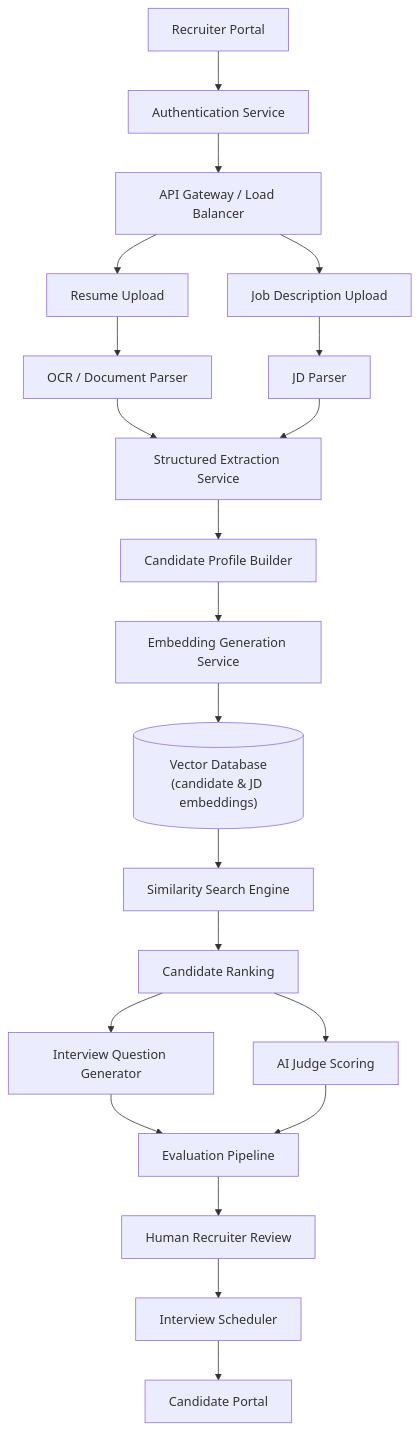
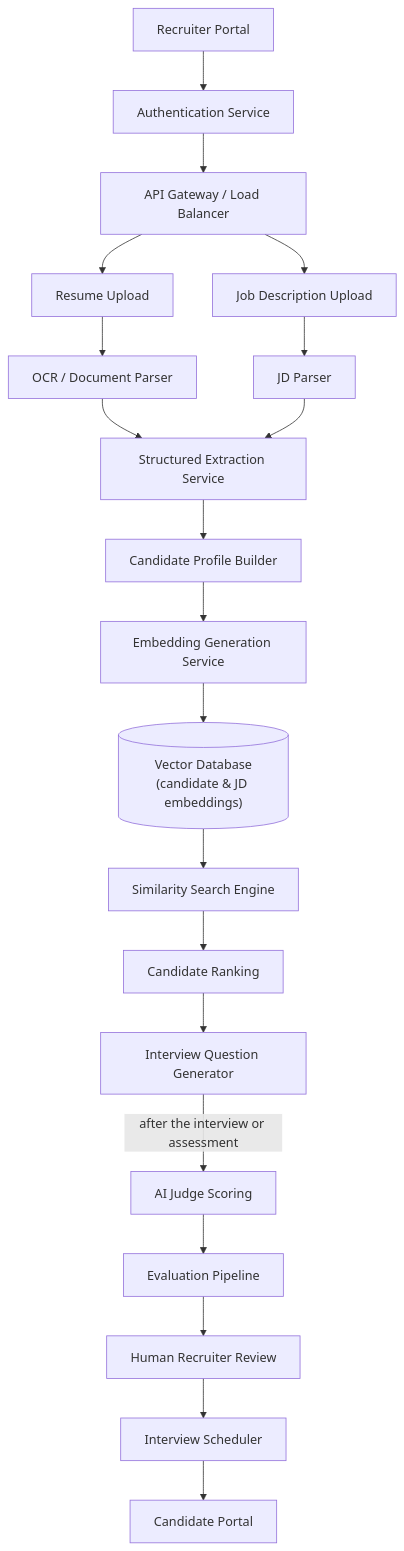
One commit to Sourav692/Forward-Deployed-Engineer-Interview-Prep changed the diagram in site/content/modules/15-fde-case-studies/standalone-designs/recruiting-platform/casebook.md. Above: the diagram before and after it, drawn with Mermaid. The commit also changed other lines of this file and 143 other files, not shown here.

````diff
--- a/site/content/modules/15-fde-case-studies/standalone-designs/recruiting-platform/casebook.md
+++ b/site/content/modules/15-fde-case-studies/standalone-designs/recruiting-platform/casebook.md
@@ -25,30 +25,28 @@
 ```mermaid
 flowchart TD
     A[Recruiter Portal] --> B[Authentication Service]
     B --> C[API Gateway / Load Balancer]
 
     C --> D[Resume Upload]
     C --> E[Job Description Upload]
 
     D --> F[OCR / Document Parser]
     E --> G[JD Parser]
 
     F --> H[Structured Extraction Service]
     G --> H
 
     H --> I[Candidate Profile Builder]
     I --> J[Embedding Generation Service]
     J --> K[("Vector Database<br/>(candidate & JD embeddings)")]
     K --> L[Similarity Search Engine]
     L --> M[Candidate Ranking]
 
     M --> N[Interview Question Generator]
-    M --> O[AI Judge Scoring]
-
-    N --> P[Evaluation Pipeline]
-    O --> P
+    N -->|after the interview or assessment| O[AI Judge Scoring]
+    O --> P[Evaluation Pipeline]
 
     P --> Q[Human Recruiter Review]
     Q --> R[Interview Scheduler]
     R --> S[Candidate Portal]
 ```
````
